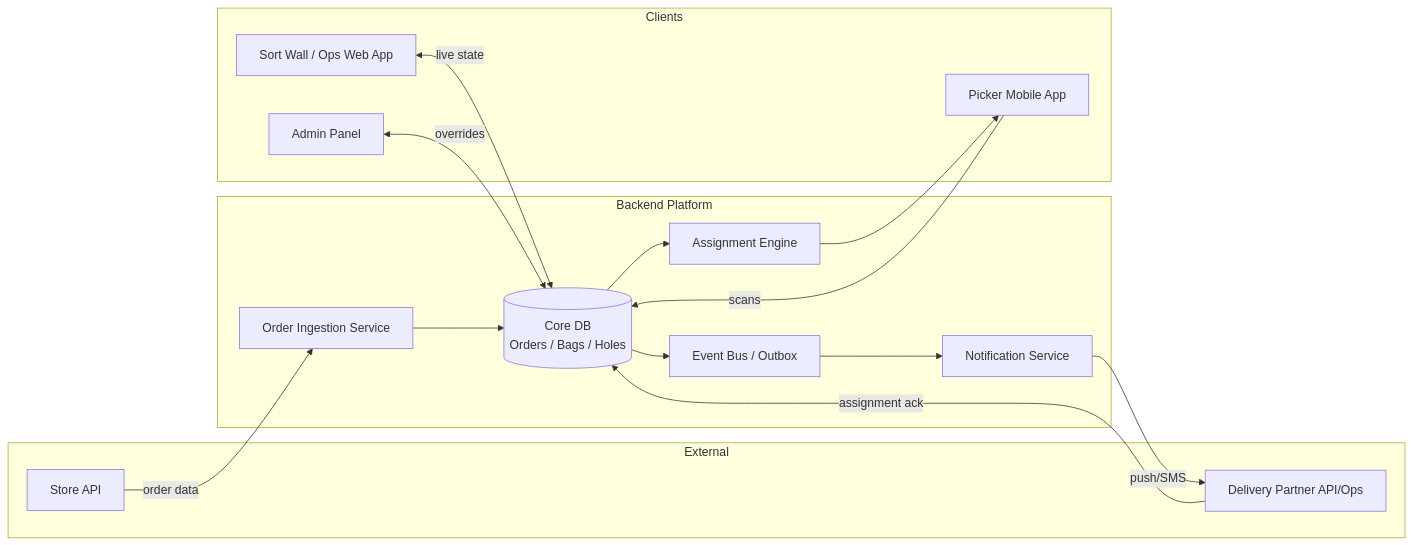
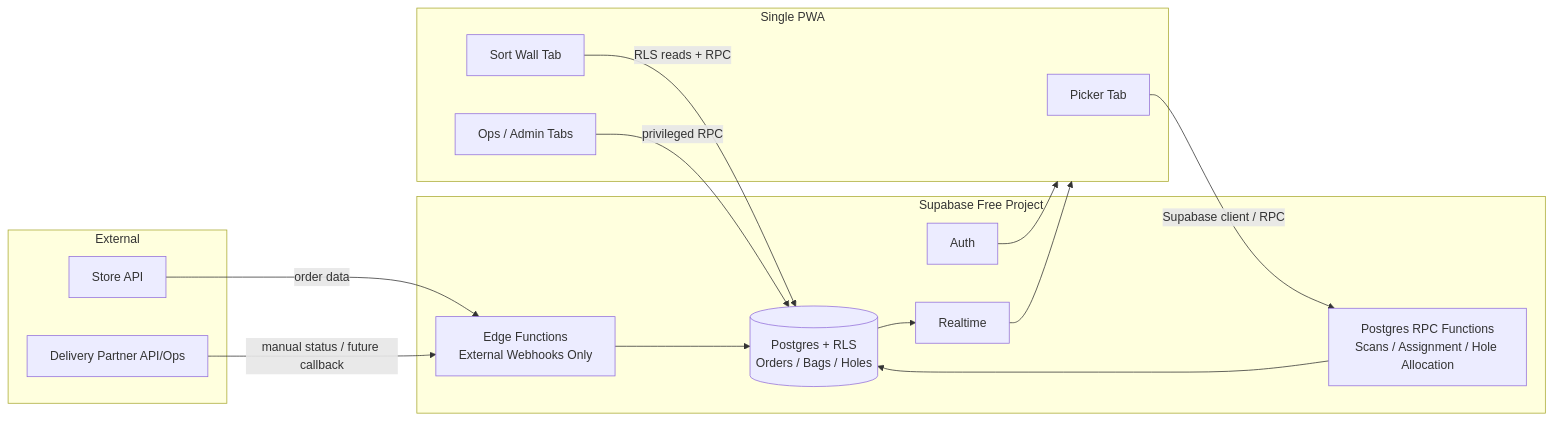
Before and after one commit to anirudhjakharnoon/Picker_app: the first of 9 diagrams in docs/TECHNICAL_DESIGN_DOCUMENT.md, drawn with Mermaid. The commit also changed other lines of this file, not shown here.

Commit message:
Redesign MVP as free Supabase PWA

````diff
--- a/docs/TECHNICAL_DESIGN_DOCUMENT.md
+++ b/docs/TECHNICAL_DESIGN_DOCUMENT.md
@@ -67,28 +66,27 @@
 ```mermaid
 flowchart LR
     subgraph External
         StoreAPI[Store API]
         DP[Delivery Partner API/Ops]
     end
-    subgraph Platform["Backend Platform"]
-        Ingest[Order Ingestion Service]
-        Core[(Core DB\nOrders / Bags / Holes)]
-        Assign[Assignment Engine]
-        Events[Event Bus / Outbox]
-        Notif[Notification Service]
+    subgraph Supabase["Supabase Free Project"]
+        Edge[Edge Functions\nExternal Webhooks Only]
+        Core[(Postgres + RLS\nOrders / Bags / Holes)]
+        RPC[Postgres RPC Functions\nScans / Assignment / Hole Allocation]
+        RT[Realtime]
+        Auth[Auth]
     end
-    subgraph Clients
-        PickerApp[Picker Mobile App]
-        SortWallWeb[Sort Wall / Ops Web App]
-        AdminWeb[Admin Panel]
+    subgraph Client["Single PWA"]
+        PickerTab[Picker Tab]
+        SortWallTab[Sort Wall Tab]
+        AdminTab[Ops / Admin Tabs]
     end
 
-    StoreAPI -- order data --> Ingest --> Core
-    Core --> Assign --> PickerApp
-    PickerApp -- scans --> Core
-    Core --> Events --> Notif
-    Notif -- push/SMS --> DP
-    SortWallWeb <-- live state --> Core
-    AdminWeb <-- overrides --> Core
-    DP -- assignment ack --> Core
+    StoreAPI -- order data --> Edge --> Core
+    Auth --> Client
+    PickerTab -- Supabase client / RPC --> RPC --> Core
+    SortWallTab -- RLS reads + RPC --> Core
+    AdminTab -- privileged RPC --> Core
+    Core --> RT --> Client
+    DP -- manual status / future callback --> Edge
 ```
````
